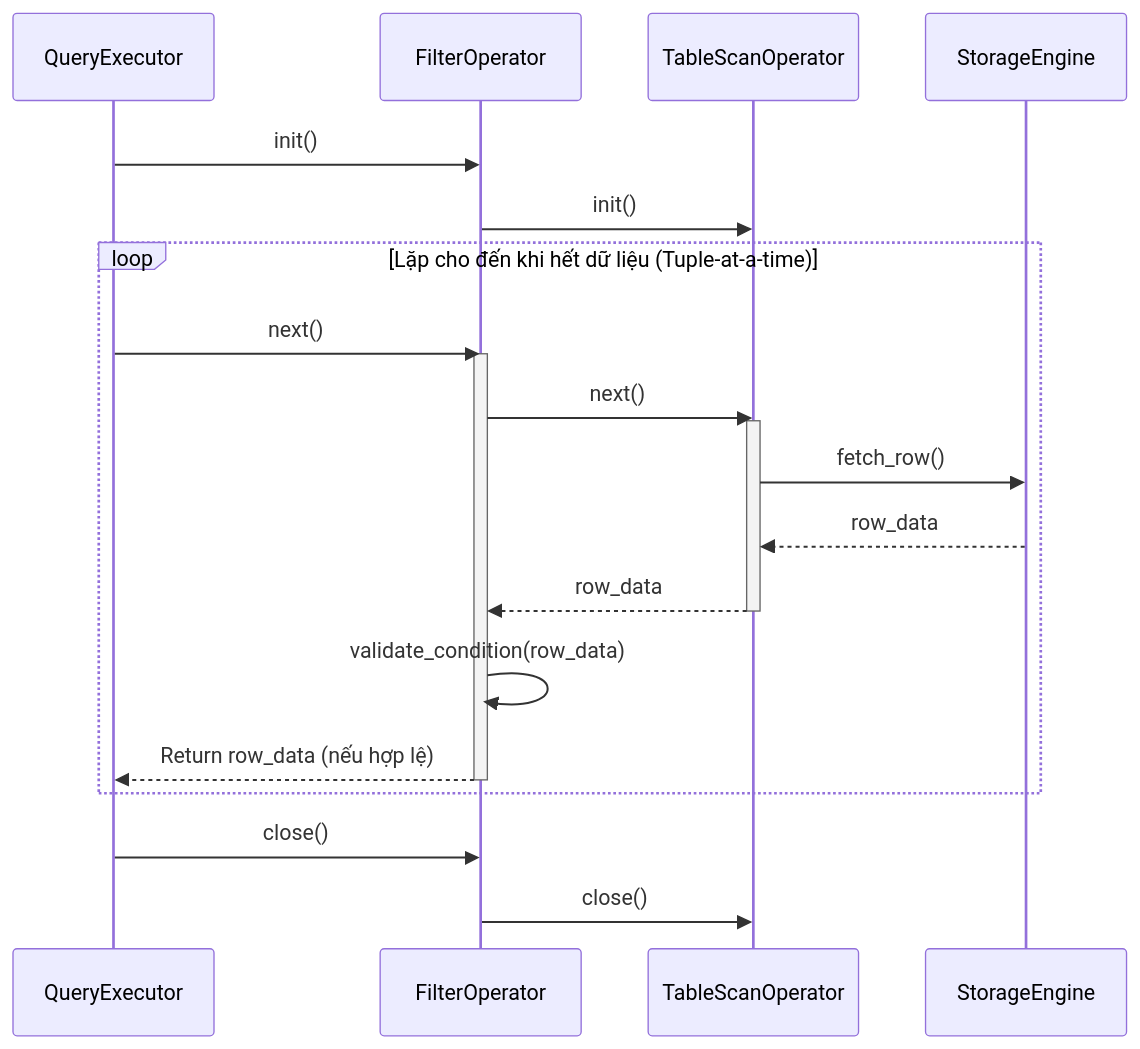
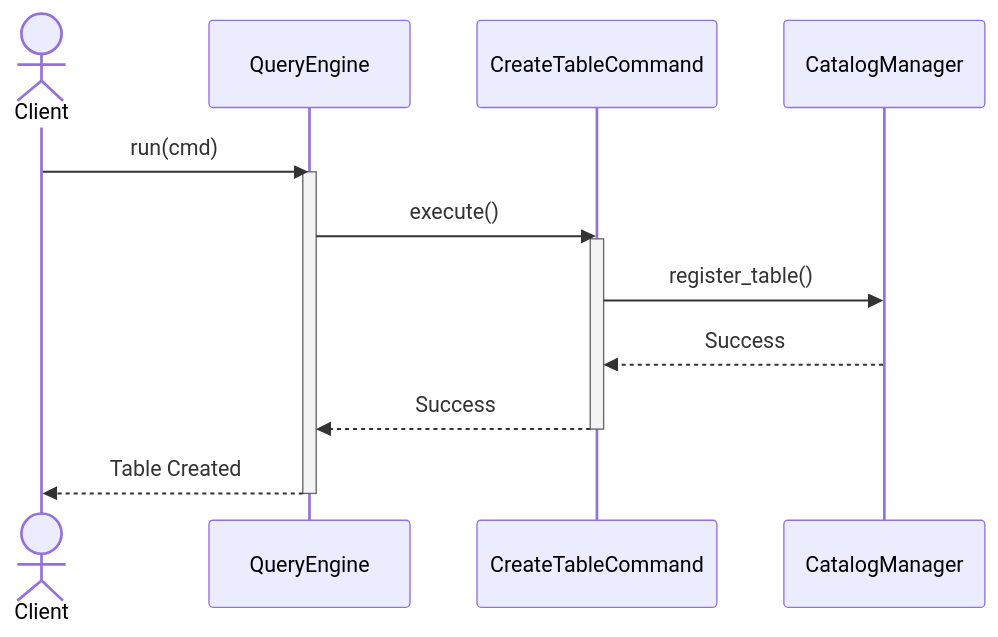
Before and after one commit to TamBui1706/DBMS: the eighth of 16 diagrams in DPSuggest.md, drawn with Mermaid. The commit also changed other lines of this file, not shown here.

````diff
--- a/DPSuggest.md
+++ b/DPSuggest.md
@@ -195,28 +290,18 @@
 ```mermaid
 sequenceDiagram
-    participant Exec as QueryExecutor
-    participant Filter as FilterOperator
-    participant Scan as TableScanOperator
-    participant Storage as StorageEngine
+    actor Client
+    participant Invoker as QueryEngine
+    participant Cmd as CreateTableCommand
+    participant Recv as CatalogManager
 
-    Exec->>Filter: init()
-    Filter->>Scan: init()
-    
-    loop Lặp cho đến khi hết dữ liệu (Tuple-at-a-time)
-        Exec->>Filter: next()
-        activate Filter
-        Filter->>Scan: next()
-        activate Scan
-        Scan->>Storage: fetch_row()
-        Storage-->>Scan: row_data
-        Scan-->>Filter: row_data
-        deactivate Scan
-        
-        Filter->>Filter: validate_condition(row_data)
-        Filter-->>Exec: Return row_data (nếu hợp lệ)
-        deactivate Filter
-    end
-    
-    Exec->>Filter: close()
-    Filter->>Scan: close()
+    Client->>Invoker: run(cmd)
+    activate Invoker
+    Invoker->>Cmd: execute()
+    activate Cmd
+    Cmd->>Recv: register_table()
+    Recv-->>Cmd: Success
+    Cmd-->>Invoker: Success
+    deactivate Cmd
+    Invoker-->>Client: Table Created
+    deactivate Invoker
 ```
````
